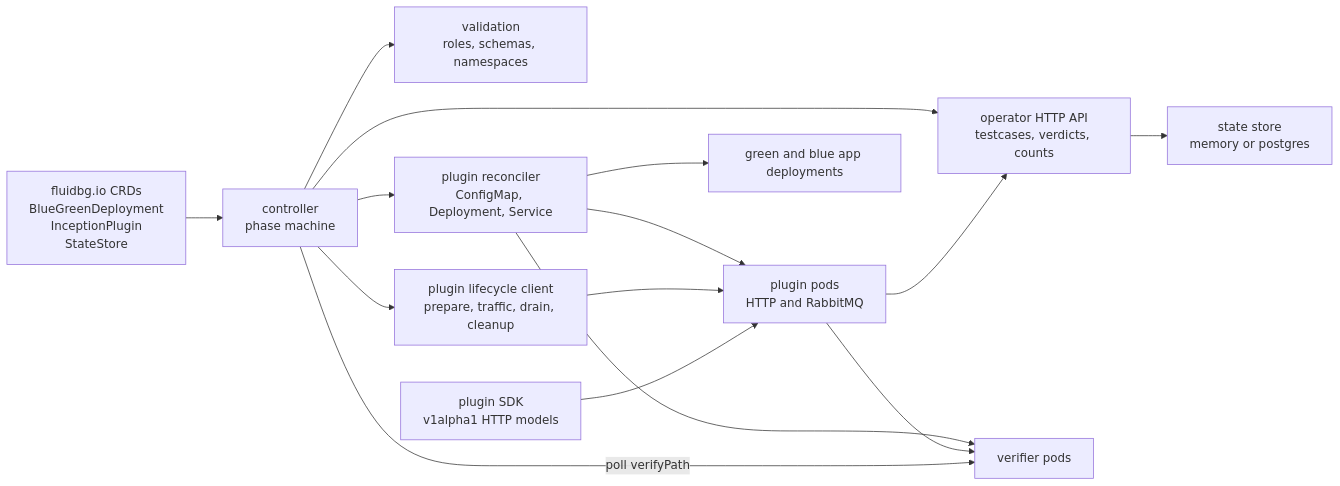
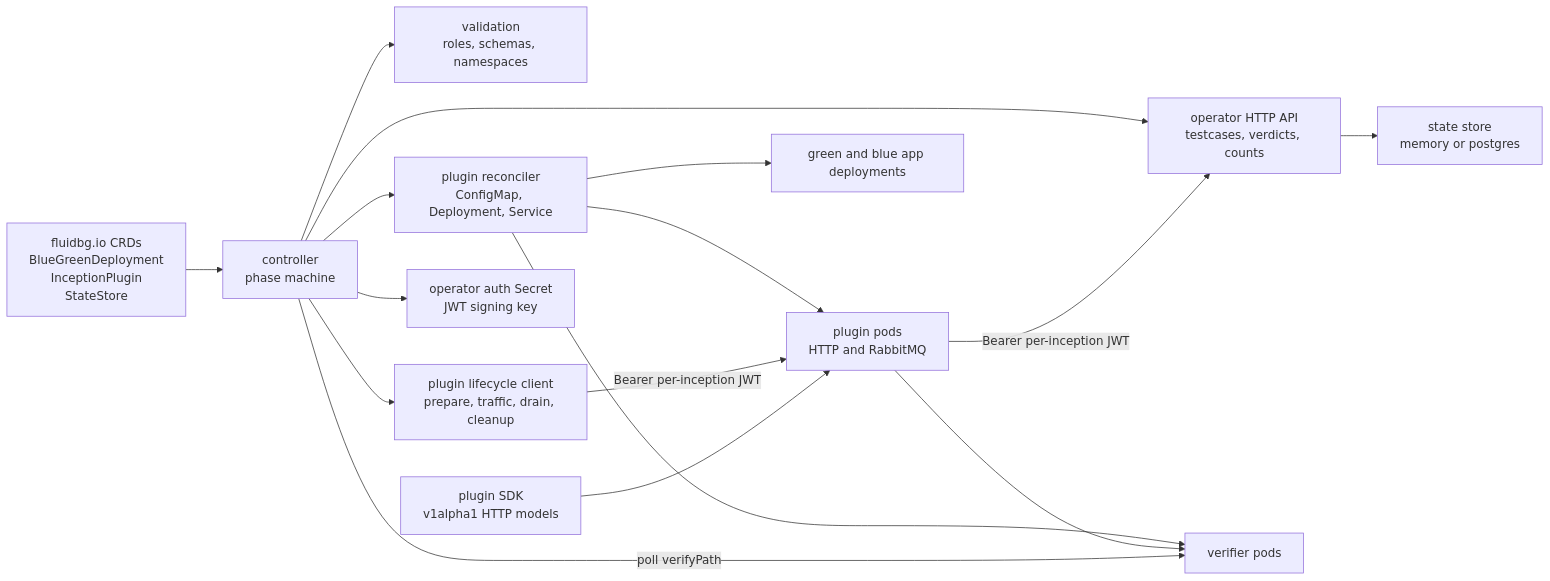
Before and after one commit to dlahmad/fluidbgoperator: the first of 3 diagrams in docs/reference/architecture.md, drawn with Mermaid. The commit also changed other lines of this file and 32 other files, not shown here.

Commit message:
Add JWT auth for operator plugin communication

````diff
--- a/docs/reference/architecture.md
+++ b/docs/reference/architecture.md
@@ -23,29 +23,31 @@
 ```mermaid
 flowchart LR
     CRD["fluidbg.io CRDs<br/>BlueGreenDeployment<br/>InceptionPlugin<br/>StateStore"]
     CTRL["controller<br/>phase machine"]
     VAL["validation<br/>roles, schemas, namespaces"]
     PLUGREC["plugin reconciler<br/>ConfigMap, Deployment, Service"]
     LIFE["plugin lifecycle client<br/>prepare, traffic, drain, cleanup"]
+    AUTH["operator auth Secret<br/>JWT signing key"]
     API["operator HTTP API<br/>testcases, verdicts, counts"]
     STORE["state store<br/>memory or postgres"]
     SDK["plugin SDK<br/>v1alpha1 HTTP models"]
     PLUG["plugin pods<br/>HTTP and RabbitMQ"]
     TEST["verifier pods"]
     APP["green and blue app deployments"]
 
     CRD --> CTRL
     CTRL --> VAL
     CTRL --> PLUGREC
     CTRL --> LIFE
+    CTRL --> AUTH
     CTRL --> API
     API --> STORE
     PLUGREC --> PLUG
     PLUGREC --> APP
     PLUGREC --> TEST
-    LIFE --> PLUG
+    LIFE -->|"Bearer per-inception JWT"| PLUG
     SDK --> PLUG
-    PLUG --> API
+    PLUG -->|"Bearer per-inception JWT"| API
     PLUG --> TEST
     CTRL -->|"poll verifyPath"| TEST
 ```
````
